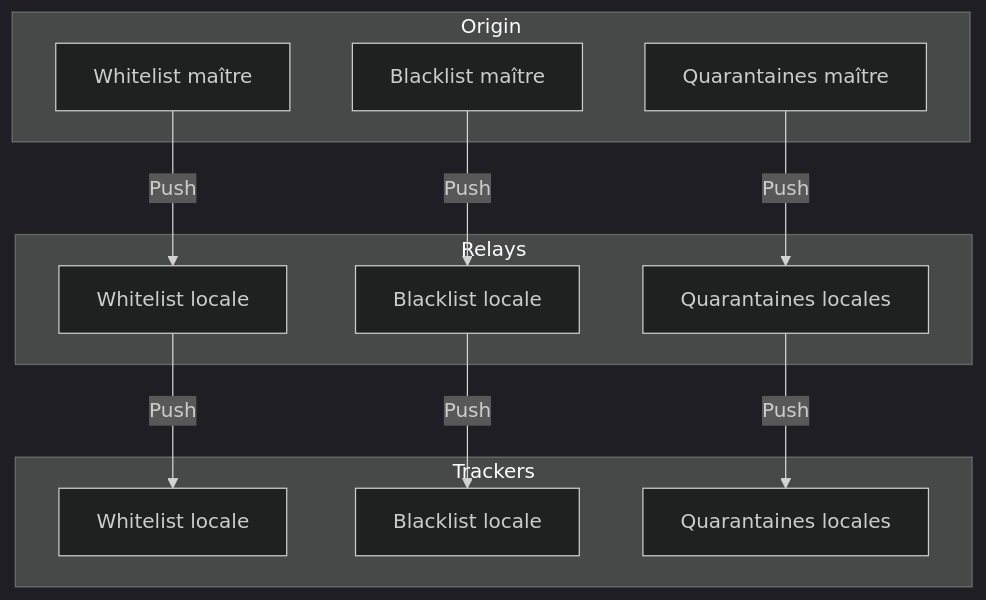
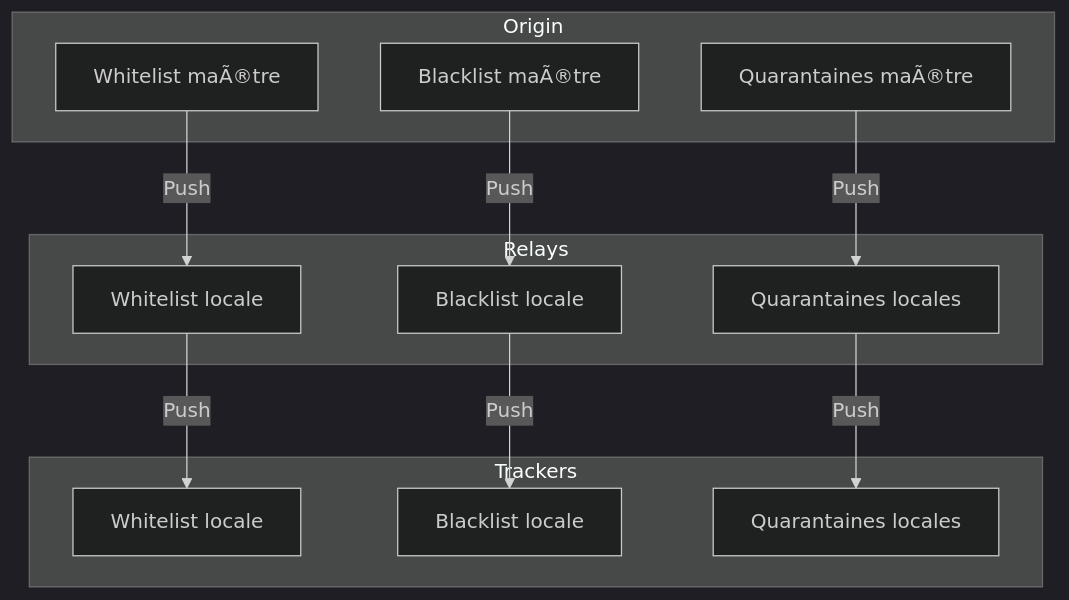
Before and after one commit to StudioMiyukini/miyukini_cog: the fifth of 5 diagrams in docs/miyukini-webway-system/securite/MWS - Quarantaine et Blacklist.md, drawn with Mermaid (dark theme). The commit also changed other lines of this file and 1287 other files, not shown here.

````diff
--- a/docs/miyukini-webway-system/securite/MWS - Quarantaine et Blacklist.md
+++ b/docs/miyukini-webway-system/securite/MWS - Quarantaine et Blacklist.md
@@ -297,28 +297,28 @@
 ```mermaid
 flowchart TB
     subgraph Origin["Origin"]
-        OW[Whitelist maître]
-        OB[Blacklist maître]
-        OQ[Quarantaines maître]
+        OW[Whitelist maÃ®tre]
+        OB[Blacklist maÃ®tre]
+        OQ[Quarantaines maÃ®tre]
     end
 
     subgraph Relays["Relays"]
         RW1[Whitelist locale]
         RB1[Blacklist locale]
         RQ1[Quarantaines locales]
     end
 
     subgraph Trackers["Trackers"]
         TW1[Whitelist locale]
         TB1[Blacklist locale]
         TQ1[Quarantaines locales]
     end
 
     OW -->|Push| RW1
     OB -->|Push| RB1
     OQ -->|Push| RQ1
 
     RW1 -->|Push| TW1
     RB1 -->|Push| TB1
     RQ1 -->|Push| TQ1
 ```
````
